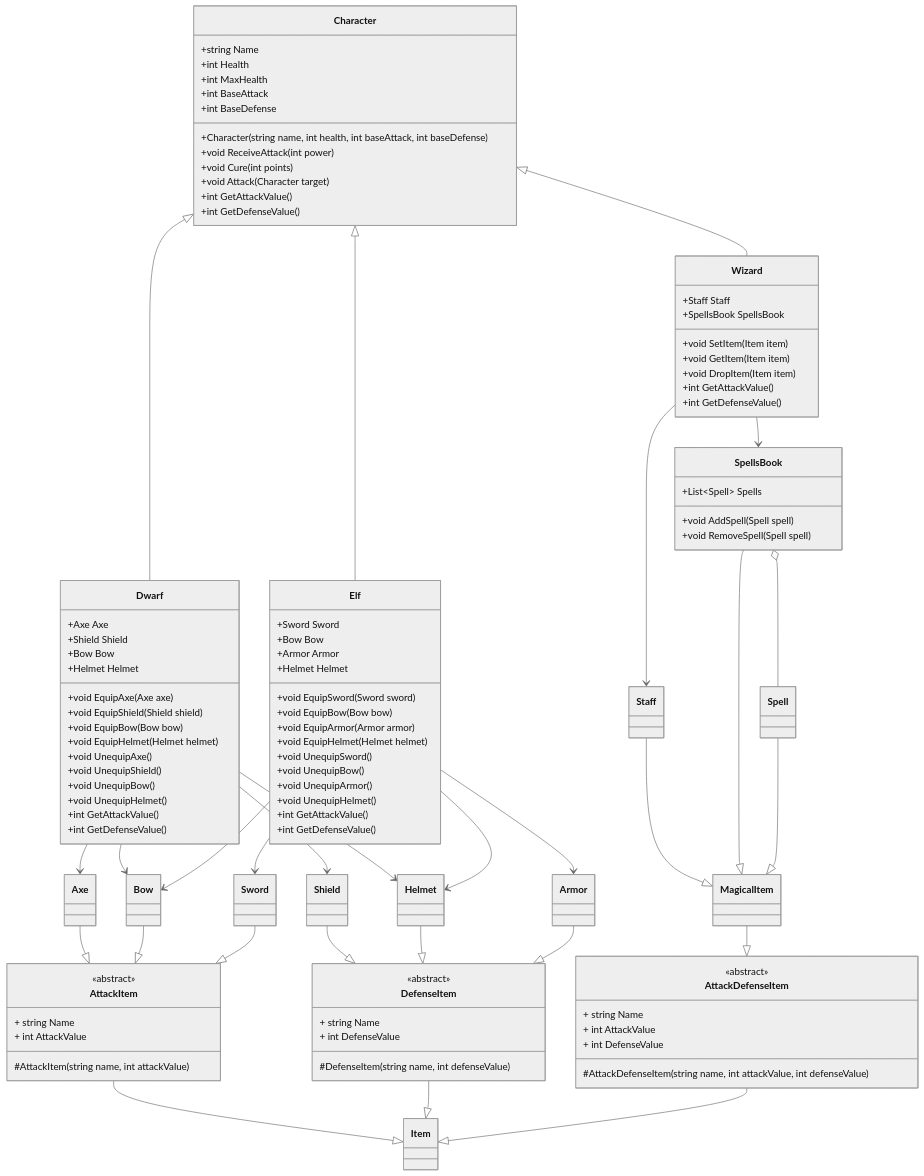
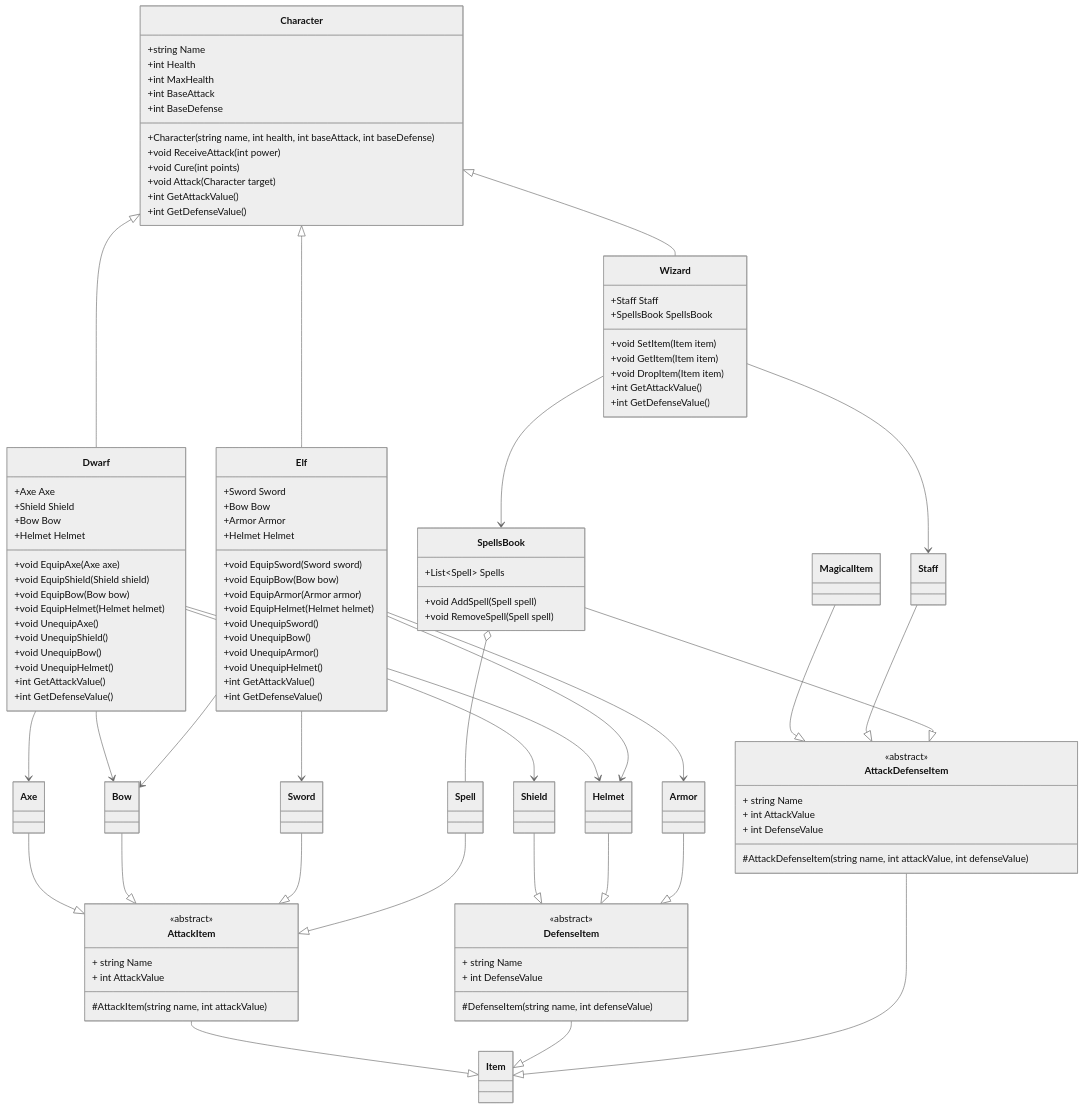
One commit to mmelovar/PII_RoleplayGame_2_Start changed the diagram in DIAGRAM.md. Above: the diagram before and after it, drawn with Mermaid (neutral theme). The commit also changed 9 other files, not shown here.

Commit message:
Correccion UML y organizacion de carpetas

```diff
--- a/DIAGRAM.md
+++ b/DIAGRAM.md
@@ -114,9 +114,9 @@
     Helmet --|> DefenseItem
     Sword --|> AttackItem
     Armor --|> DefenseItem
-    Staff --|> MagicalItem
-    SpellsBook --|> MagicalItem
-    Spell --|> MagicalItem
+    Staff --|> AttackDefenseItem
+    SpellsBook --|> AttackDefenseItem
+    Spell --|> AttackItem
 
     Dwarf --> Axe
     Dwarf --> Shield
```
